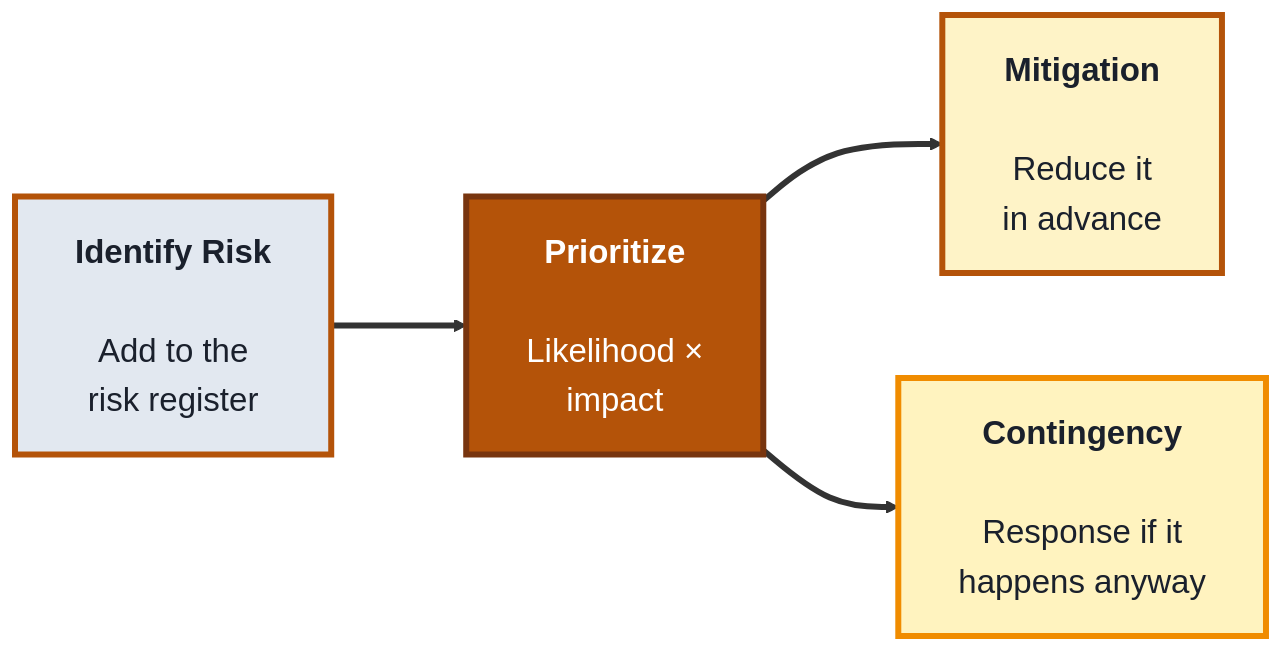
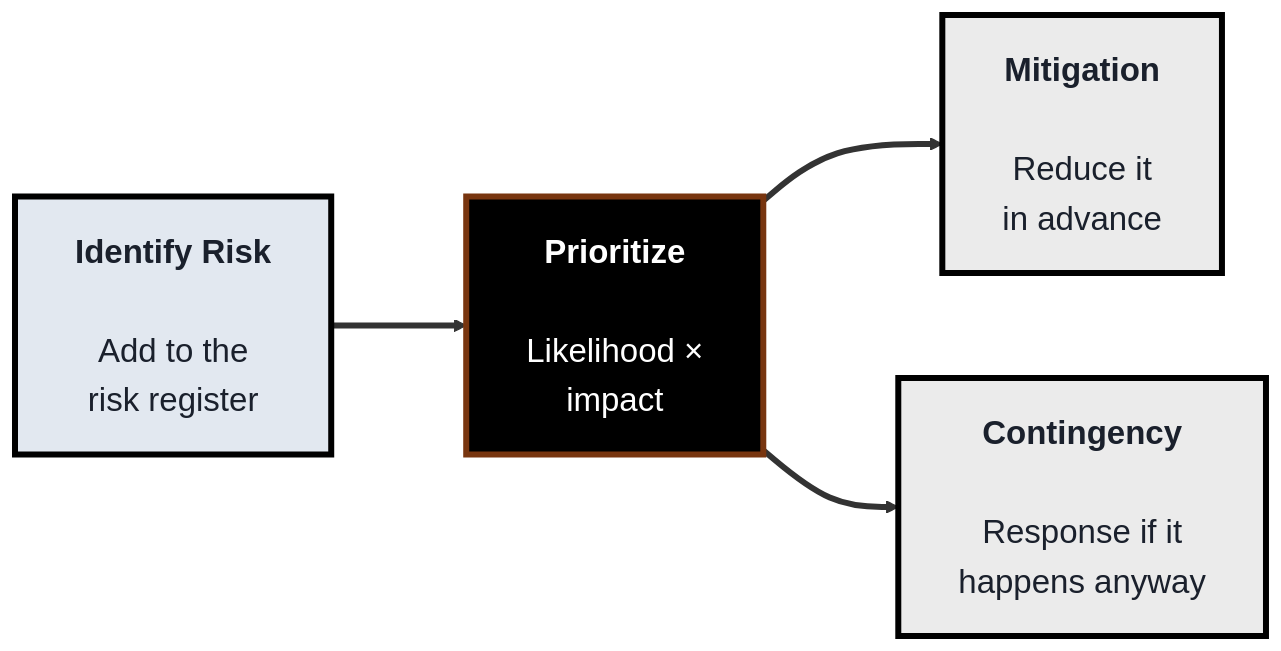
The third of 4 diagrams in src/Pages/courses/TechPO/project-management-module.md (SHEMODELTECH/shemodeltech), drawn with Mermaid before and after one commit. The commit also changed other lines of this file and 46 other files, not shown here.

````diff
--- a/src/Pages/courses/TechPO/project-management-module.md
+++ b/src/Pages/courses/TechPO/project-management-module.md
@@ -140,17 +140,17 @@
 ```mermaid
-%%{init: {'theme':'base', 'themeVariables': {'fontSize':'22px', 'primaryTextColor':'#1a202c', 'primaryBorderColor':'#b45309', 'lineColor':'#333333'}, 'flowchart': {'nodeSpacing': 70, 'rankSpacing': 90, 'padding': 20}}}%%
+%%{init: {'theme':'base', 'themeVariables': {'fontSize':'22px', 'primaryTextColor':'#1a202c', 'primaryBorderColor':'#000000', 'lineColor':'#333333'}, 'flowchart': {'nodeSpacing': 70, 'rankSpacing': 90, 'padding': 20}}}%%
 flowchart LR
     ID["<b>Identify Risk</b><br/><br/>Add to the<br/>risk register"]
     PR["<b>Prioritize</b><br/><br/>Likelihood ×<br/>impact"]
     MT["<b>Mitigation</b><br/><br/>Reduce it<br/>in advance"]
     CP["<b>Contingency</b><br/><br/>Response if it<br/>happens anyway"]
 
     ID ==> PR ==> MT
     PR ==> CP
 
-    style ID fill:#e2e8f0,color:#1a202c,stroke:#b45309,stroke-width:4px
-    style PR fill:#b45309,color:#fff,stroke:#78350f,stroke-width:4px
-    style MT fill:#fef3c7,color:#1a202c,stroke:#b45309,stroke-width:4px
-    style CP fill:#fff3bf,color:#1a202c,stroke:#f08c00,stroke-width:4px
+    style ID fill:#e2e8f0,color:#1a202c,stroke:#000000,stroke-width:4px
+    style PR fill:#000000,color:#fff,stroke:#78350f,stroke-width:4px
+    style MT fill:#EBEBEB,color:#1a202c,stroke:#000000,stroke-width:4px
+    style CP fill:#EBEBEB,color:#1a202c,stroke:#000000,stroke-width:4px
     linkStyle default stroke-width:4px,stroke:#333333
 ```
````
